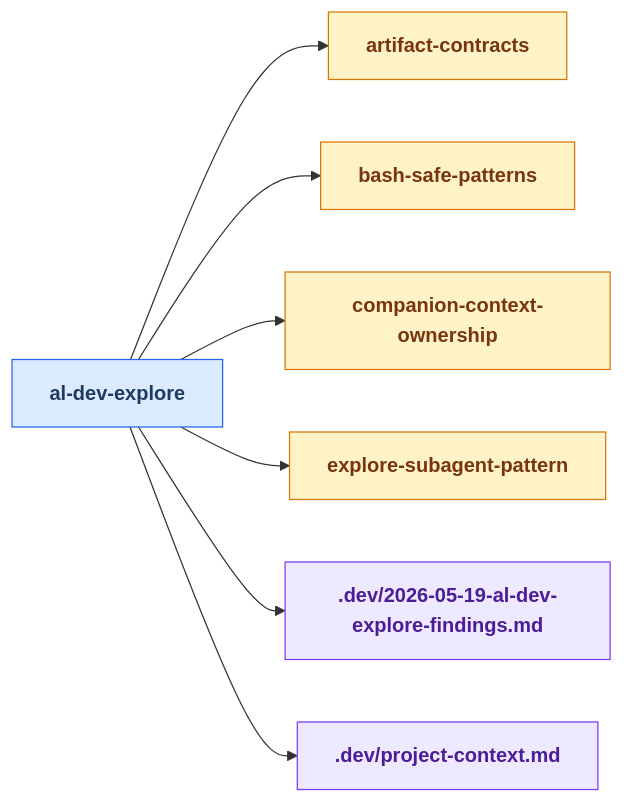
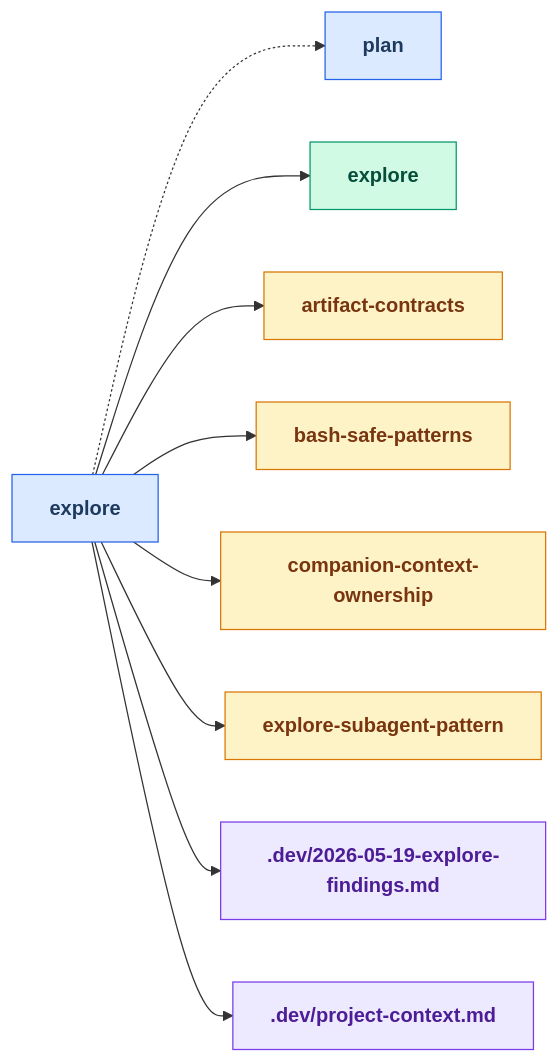
Before and after one commit to russell-laing/al-dev-shared: diagram 16 of 24 in docs/skills_map.md, drawn with Mermaid. The commit also changed other lines of this file and 8 other files, not shown here.

````diff
--- a/docs/skills_map.md
+++ b/docs/skills_map.md
@@ -830,31 +838,37 @@
 ```mermaid
 flowchart LR
     classDef skillNode fill:#dbeafe,stroke:#2563eb,color:#1e3a5f,font-weight:bold
     classDef agentNode fill:#d1fae5,stroke:#059669,color:#064e3b,font-weight:bold
     classDef knowledgeNode fill:#fef3c7,stroke:#d97706,color:#78350f,font-weight:bold
     classDef artifactNode fill:#ede9fe,stroke:#7c3aed,color:#4c1d95,font-weight:bold
     classDef phaseNode fill:#e0e7ff,stroke:#6366f1,color:#312e81,font-weight:bold
 
-    skill_al_dev_explore[al-dev-explore]
+    skill_explore[explore]
+    skill_plan[plan]
+    agent_explore[explore]
     knowledge_artifact_contracts_md[artifact-contracts]
     knowledge_bash_safe_patterns_md[bash-safe-patterns]
     knowledge_companion_context_ownership_md[companion-context-ownership]
     knowledge_explore_subagent_pattern_md[explore-subagent-pattern]
-    artifact_2026_05_19_al_dev_explore_findings_md[.dev/2026-05-19-al-dev-explore-findings.md]
+    artifact_2026_05_19_explore_findings_md[.dev/2026-05-19-explore-findings.md]
     artifact_project_context_md[.dev/project-context.md]
 
-    skill_al_dev_explore --> knowledge_artifact_contracts_md
-    skill_al_dev_explore --> knowledge_bash_safe_patterns_md
-    skill_al_dev_explore --> knowledge_companion_context_ownership_md
-    skill_al_dev_explore --> knowledge_explore_subagent_pattern_md
-    skill_al_dev_explore --> artifact_2026_05_19_al_dev_explore_findings_md
-    skill_al_dev_explore --> artifact_project_context_md
+    skill_explore -.-> skill_plan
+    skill_explore --> agent_explore
+    skill_explore --> knowledge_artifact_contracts_md
+    skill_explore --> knowledge_bash_safe_patterns_md
+    skill_explore --> knowledge_companion_context_ownership_md
+    skill_explore --> knowledge_explore_subagent_pattern_md
+    skill_explore --> artifact_2026_05_19_explore_findings_md
+    skill_explore --> artifact_project_context_md
 
-    class skill_al_dev_explore skillNode
+    class skill_explore skillNode
+    class skill_plan skillNode
+    class agent_explore agentNode
     class knowledge_artifact_contracts_md knowledgeNode
     class knowledge_bash_safe_patterns_md knowledgeNode
     class knowledge_companion_context_ownership_md knowledgeNode
     class knowledge_explore_subagent_pattern_md knowledgeNode
-    class artifact_2026_05_19_al_dev_explore_findings_md artifactNode
+    class artifact_2026_05_19_explore_findings_md artifactNode
     class artifact_project_context_md artifactNode
 ```
````
